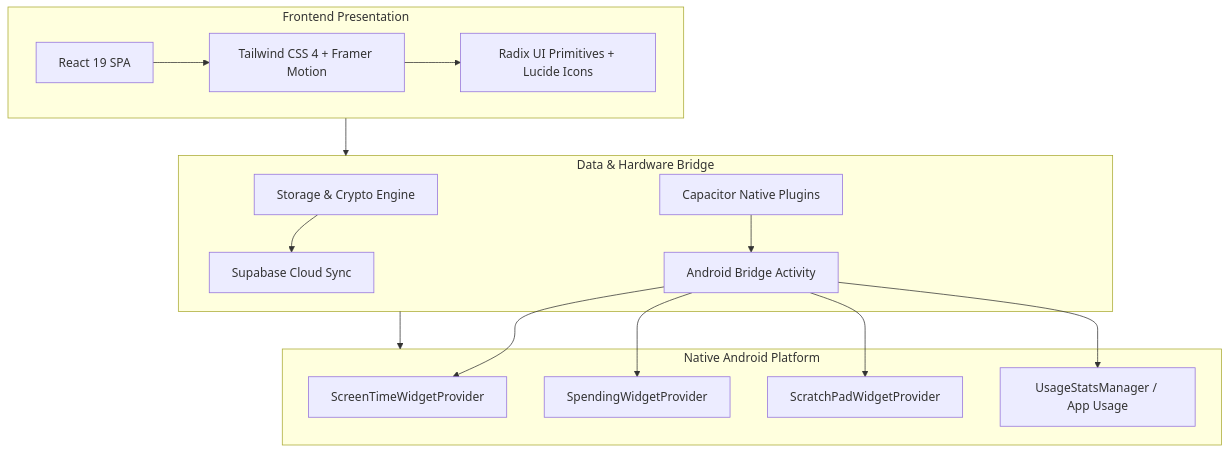
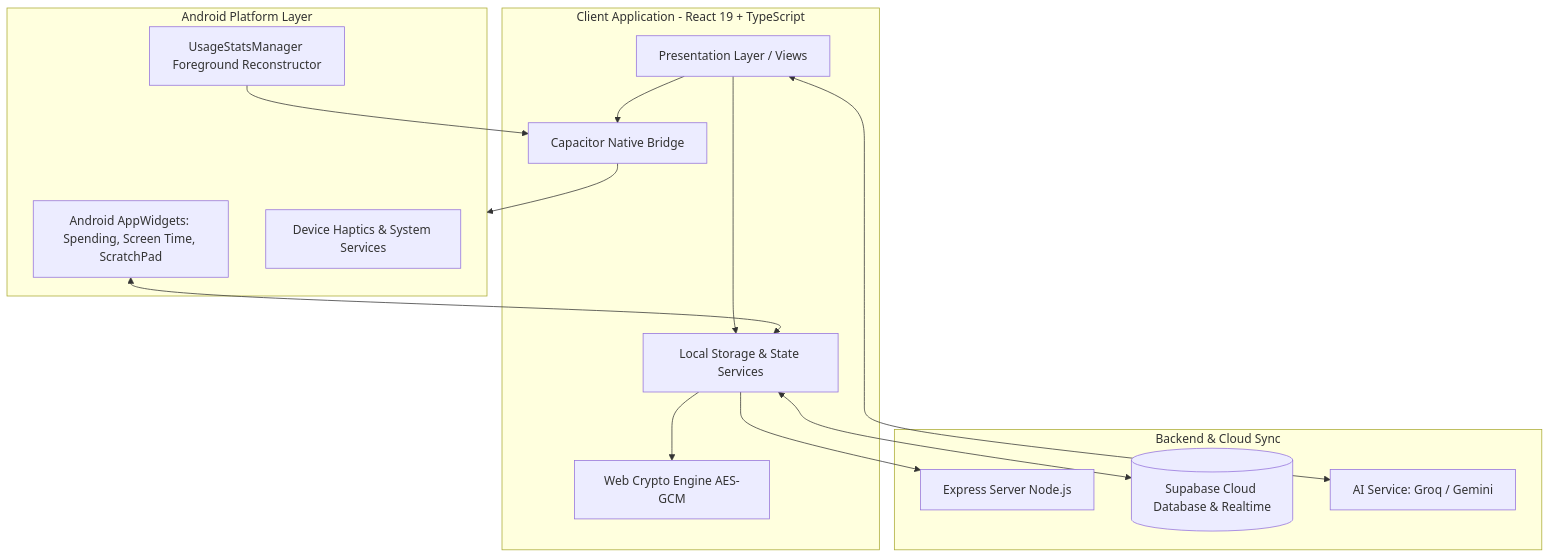
The diagram in README.md (zikenn26/Personal-Dashboard-v2), drawn with Mermaid before and after one commit. The commit also changed other lines of this file and 18 other files, not shown here.

````diff
--- a/README.md
+++ b/README.md
@@ -128,22 +135,31 @@
 ```mermaid
-graph TD
-    subgraph UI_Layer [Frontend Presentation]
-        A[React 19 SPA] --> B[Tailwind CSS 4 + Framer Motion]
-        B --> C[Radix UI Primitives + Lucide Icons]
+flowchart TD
+    subgraph Client [Client Application - React 19 + TypeScript]
+        UI[Presentation Layer / Views]
+        State[Local Storage & State Services]
+        Crypto[Web Crypto Engine AES-GCM]
+        Bridge[Capacitor Native Bridge]
     end
 
-    subgraph Service_Bridge [Data & Hardware Bridge]
-        D[Storage & Crypto Engine] --> E[Supabase Cloud Sync]
-        F[Capacitor Native Plugins] --> G[Android Bridge Activity]
+    subgraph Native [Android Platform Layer]
+        AppWidgets[Android AppWidgets: Spending, Screen Time, ScratchPad]
+        UsageStats[UsageStatsManager Foreground Reconstructor]
+        Haptics[Device Haptics & System Services]
     end
 
-    subgraph Android_Native [Native Android Platform]
-        G --> H[ScreenTimeWidgetProvider]
-        G --> I[SpendingWidgetProvider]
-        G --> J[ScratchPadWidgetProvider]
-        G --> K[UsageStatsManager / App Usage]
+    subgraph Backend [Backend & Cloud Sync]
+        Server[Express Server Node.js]
+        Supabase[(Supabase Cloud Database & Realtime)]
+        AIProvider[AI Service: Groq / Gemini]
     end
 
-    UI_Layer --> Service_Bridge
-    Service_Bridge --> Android_Native
+    UI --> State
+    State --> Crypto
+    UI --> Bridge
+    Bridge --> Native
+    State --> Server
+    State <--> Supabase
+    UI <--> AIProvider
+    UsageStats --> Bridge
+    AppWidgets <--> State
 ```
````
